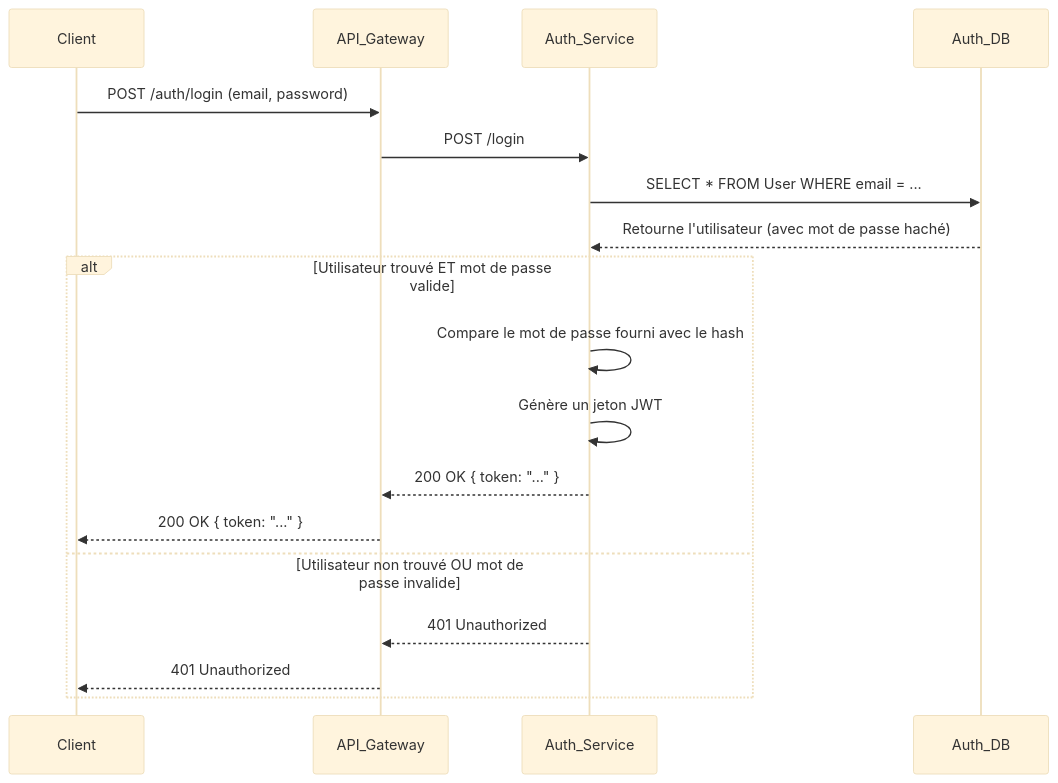
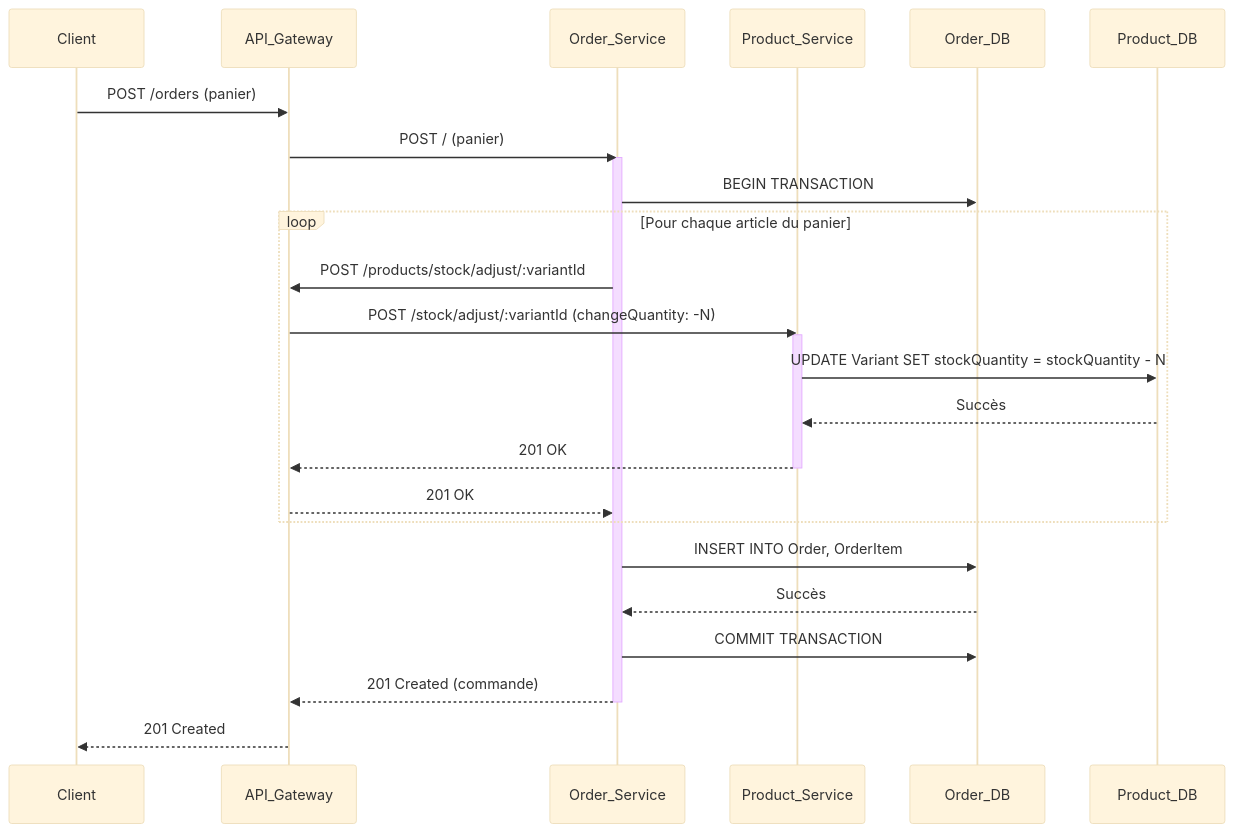
One commit to HarcheSamir/esisba-lirmm-ecommerce changed the seventh of 8 diagrams in MVP.md. Above: the diagram before and after it, drawn with Mermaid (base theme). The commit also changed other lines of this file, not shown here.

````diff
--- a/MVP.md
+++ b/MVP.md
@@ -319,21 +376,31 @@
 ```mermaid
 sequenceDiagram
     participant Client
     participant API_Gateway
-    participant Auth_Service
-    participant Auth_DB
+    participant Order_Service
+    participant Product_Service
+    participant Order_DB
+    participant Product_DB
+    
+    Client->>API_Gateway: POST /orders (panier)
+    API_Gateway->>Order_Service: POST / (panier)
 
-    Client->>API_Gateway: POST /auth/login (email, password)
-    API_Gateway->>Auth_Service: POST /login
-    Auth_Service->>Auth_DB: SELECT * FROM User WHERE email = ...
-    Auth_DB-->>Auth_Service: Retourne l'utilisateur (avec mot de passe haché)
-    alt Utilisateur trouvé ET mot de passe valide
-        Auth_Service->>Auth_Service: Compare le mot de passe fourni avec le hash
-        Auth_Service->>Auth_Service: Génère un jeton JWT
-        Auth_Service-->>API_Gateway: 200 OK { token: "..." }
-        API_Gateway-->>Client: 200 OK { token: "..." }
-    else Utilisateur non trouvé OU mot de passe invalide
-        Auth_Service-->>API_Gateway: 401 Unauthorized
-        API_Gateway-->>Client: 401 Unauthorized
+    activate Order_Service
+    Order_Service->>Order_DB: BEGIN TRANSACTION
+    loop Pour chaque article du panier
+        Order_Service->>API_Gateway: POST /products/stock/adjust/:variantId
+        API_Gateway->>Product_Service: POST /stock/adjust/:variantId (changeQuantity: -N)
+        activate Product_Service
+        Product_Service->>Product_DB: UPDATE Variant SET stockQuantity = stockQuantity - N
+        Product_DB-->>Product_Service: Succès
+        Product_Service-->>API_Gateway: 201 OK
+        deactivate Product_Service
+        API_Gateway-->>Order_Service: 201 OK
     end
+    Order_Service->>Order_DB: INSERT INTO Order, OrderItem
+    Order_DB-->>Order_Service: Succès
+    Order_Service->>Order_DB: COMMIT TRANSACTION
+    Order_Service-->>API_Gateway: 201 Created (commande)
+    deactivate Order_Service
+    API_Gateway-->>Client: 201 Created
 ```
````
